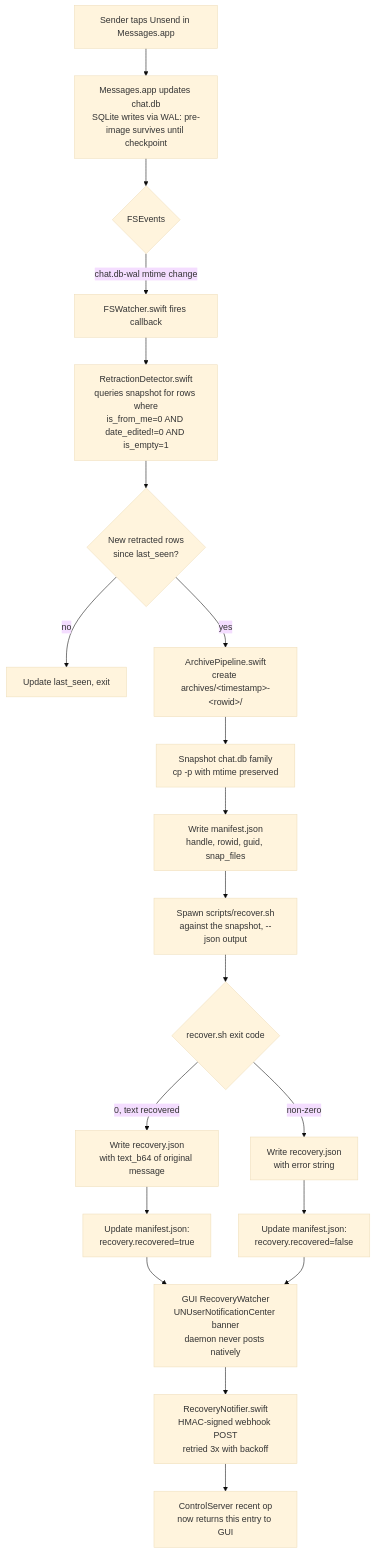
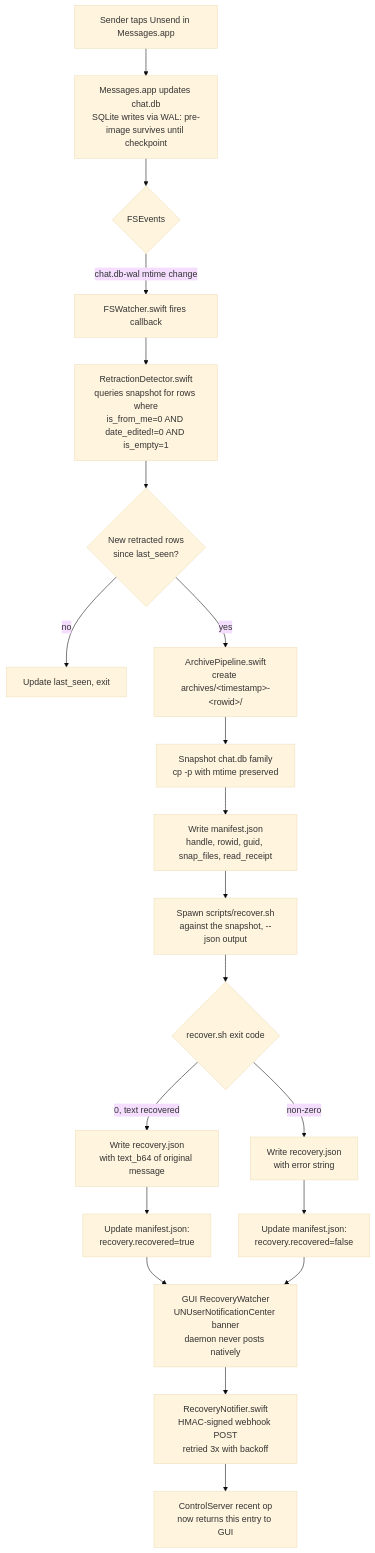
One commit to tyhallcsu/imessage-unsent changed the second of 3 diagrams in docs/architecture.md. Above: the diagram before and after it, drawn with Mermaid (base theme). The commit also changed 11 other files, not shown here.

First line of the commit message:
feat(daemon,gui): record read-receipt state on retraction archives — "did I see it before they unsent it?" (#164)

````diff
--- a/docs/architecture.md
+++ b/docs/architecture.md
@@ -65,22 +65,22 @@
 ```mermaid
 flowchart TD
     A[Sender taps Unsend in Messages.app] --> B[Messages.app updates chat.db<br/>SQLite writes via WAL: pre-image survives until checkpoint]
     B --> C{FSEvents}
     C -->|chat.db-wal mtime change| D[FSWatcher.swift fires callback]
     D --> E[RetractionDetector.swift<br/>queries snapshot for rows where<br/>is_from_me=0 AND date_edited!=0 AND is_empty=1]
     E --> F{New retracted rows<br/>since last_seen?}
     F -- no --> Z[Update last_seen, exit]
     F -- yes --> G[ArchivePipeline.swift<br/>create archives/&lt;timestamp&gt;-&lt;rowid&gt;/]
     G --> H[Snapshot chat.db family<br/>cp -p with mtime preserved]
-    H --> I[Write manifest.json<br/>handle, rowid, guid, snap_files]
+    H --> I[Write manifest.json<br/>handle, rowid, guid, snap_files, read_receipt]
     I --> J[Spawn scripts/recover.sh<br/>against the snapshot, --json output]
     J --> K{recover.sh exit code}
     K -- 0, text recovered --> L[Write recovery.json<br/>with text_b64 of original message]
     K -- non-zero --> M[Write recovery.json<br/>with error string]
     L --> N[Update manifest.json:<br/>recovery.recovered=true]
     M --> O[Update manifest.json:<br/>recovery.recovered=false]
     N --> P[GUI RecoveryWatcher<br/>UNUserNotificationCenter banner<br/>daemon never posts natively]
     O --> P
     P --> Q[RecoveryNotifier.swift<br/>HMAC-signed webhook POST<br/>retried 3x with backoff]
     Q --> R[ControlServer recent op<br/>now returns this entry to GUI]
 ```
````
